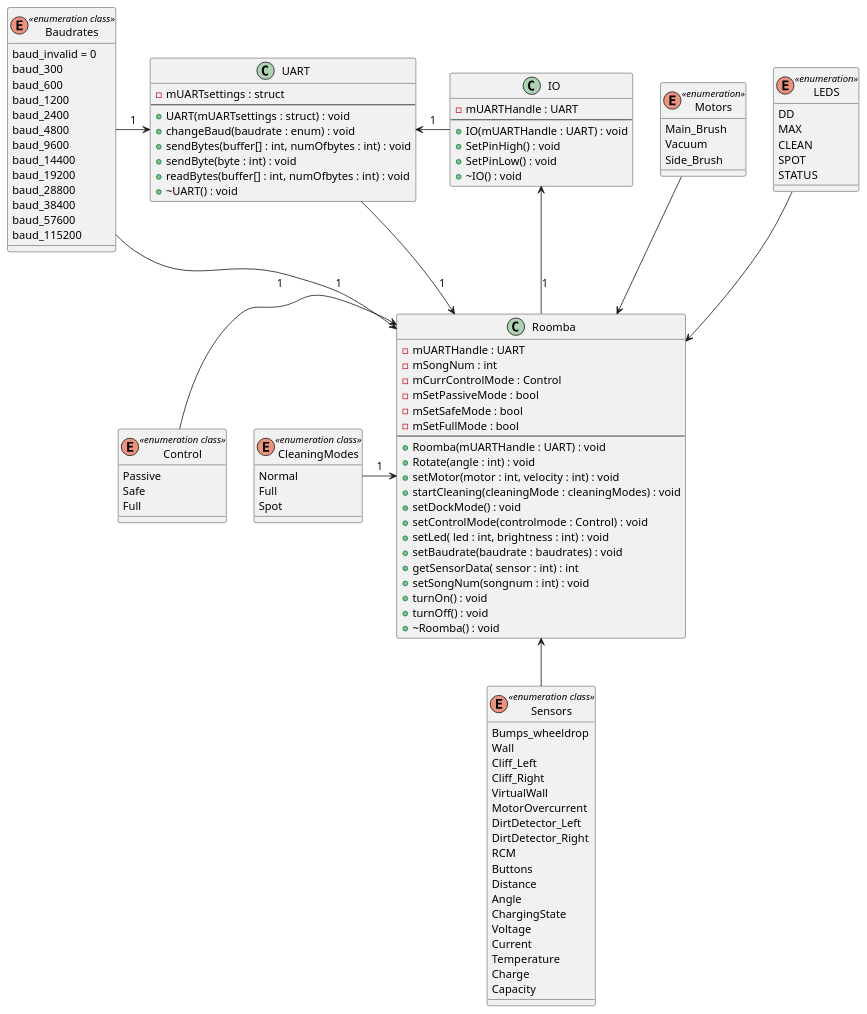
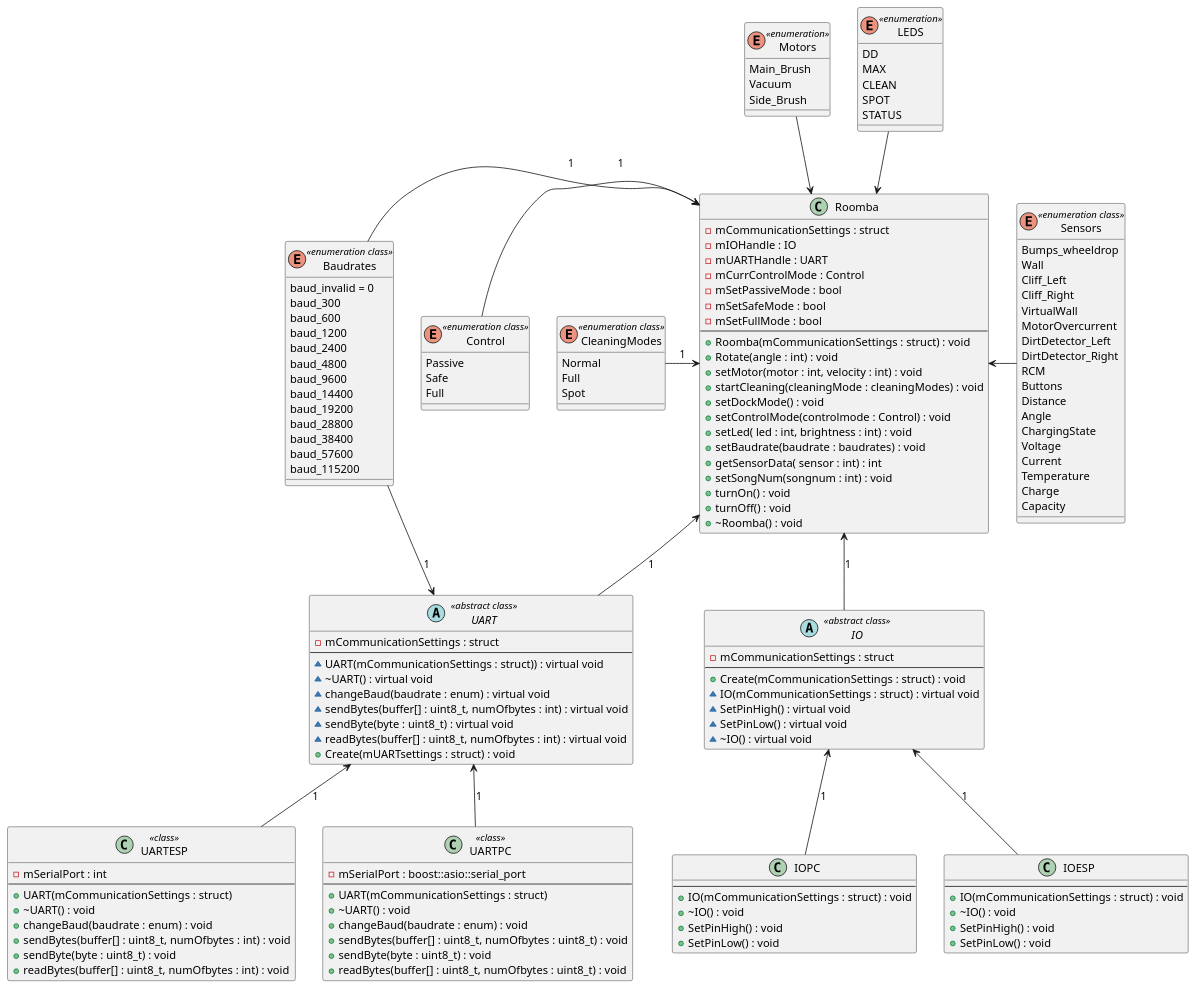
One commit to Hoog-V/Roomba_project_cpp changed the diagram in Documentatie/Diagrammen/Roomba class diagram .puml. Above: the diagram before and after it, drawn with PlantUML.

Commit message:
-enh Added UART and IO refactor to UML diagram

```diff
--- a/Documentatie/Diagrammen/Roomba class diagram .puml
+++ b/Documentatie/Diagrammen/Roomba class diagram .puml
@@ -1,136 +1,188 @@
 @startuml Roomba
 
 class Roomba 
 enum CleaningModes <<enumeration class>>
 enum LEDS <<enumeration>>
 enum Motors <<enumeration>>
 enum Control <<enumeration class>>
 enum Sensors <<enumeration class>>
 
-class UART
+
+abstract class UART <<abstract class>>
+class UARTESP <<class>>
+class UARTPC <<class>>
+
+abstract class IO <<abstract class>>
+
 enum Baudrates <<enumeration class>>
 
 Roomba <-left- CleaningModes : 1
 Roomba <-up- LEDS
 Roomba <-up- Motors 
 Roomba <-left- Control : 1
-Roomba <-down- Sensors
-Roomba <-up- UART : 1
+Roomba <-right- Sensors
+Roomba <-down- UART : 1
 Roomba <-left- Baudrates : 1
 
+UART <-down- UARTPC :1
+UART <-down- UARTESP:1
 
 UART <-left- Baudrates : 1
 
-IO <-down- Roomba : 1
+Roomba <-down- IO : 1
+IO <-down- IOPC : 1
+IO <-down- IOESP :1
 
-UART <-right- IO : 1
+
+
 
 class Roomba {
+  - mCommunicationSettings : struct
+  - mIOHandle : IO
   - mUARTHandle : UART
-  - mSongNum : int
   - mCurrControlMode : Control
   - mSetPassiveMode : bool
   - mSetSafeMode : bool
   - mSetFullMode : bool
   --
-  + Roomba(mUARTHandle : UART) : void
+  + Roomba(mCommunicationSettings : struct) : void
   + Rotate(angle : int) : void
   + setMotor(motor : int, velocity : int) : void
   + startCleaning(cleaningMode : cleaningModes) : void
   + setDockMode() : void
   + setControlMode(controlmode : Control) : void
   + setLed( led : int, brightness : int) : void
   + setBaudrate(baudrate : baudrates) : void
   + getSensorData( sensor : int) : int
   + setSongNum(songnum : int) : void
   + turnOn() : void
   + turnOff() : void
   + ~Roomba() : void
 }
 
 enum LEDS {
 DD
 MAX
 CLEAN
 SPOT
 STATUS
 }
 
 enum Motors {
 Main_Brush
 Vacuum
 Side_Brush
 }
 
 enum Baudrates {
 baud_invalid = 0
 baud_300
 baud_600
 baud_1200
 baud_2400
 baud_4800
 baud_9600
 baud_14400
 baud_19200
 baud_28800
 baud_38400
 baud_57600
 baud_115200
 }
 
-class UART {
-- mUARTsettings : struct
---
-+ UART(mUARTsettings : struct) : void
-+ changeBaud(baudrate : enum) : void
-+ sendBytes(buffer[] : int, numOfbytes : int) : void
-+ sendByte(byte : int) : void
-+ readBytes(buffer[] : int, numOfbytes : int) : void
-+ ~UART() : void
-}
-
 enum CleaningModes {
 Normal
 Full
 Spot
 }
 
 enum Control {
 Passive
 Safe
 Full
 }
 
 enum Sensors {
 Bumps_wheeldrop
 Wall
 Cliff_Left
 Cliff_Right
 VirtualWall
 MotorOvercurrent
 DirtDetector_Left
 DirtDetector_Right
 RCM
 Buttons
 Distance
 Angle
 ChargingState
 Voltage
 Current
 Temperature
 Charge
 Capacity
 }
 
 
-class IO {
-- mUARTHandle : UART
+abstract class IO {
+- mCommunicationSettings : struct
 --
-+ IO(mUARTHandle : UART) : void
++ Create(mCommunicationSettings : struct) : void
+~ IO(mCommunicationSettings : struct) : virtual void
+~ SetPinHigh() : virtual void
+~ SetPinLow() : virtual void
+~ ~IO() : virtual void
+}
+
+class IOPC {
+--
++ IO(mCommunicationSettings : struct) : void
++ ~IO() : void
 + SetPinHigh() : void
 + SetPinLow() : void
+}
+
+class IOESP{
+--
++ IO(mCommunicationSettings : struct) : void
 + ~IO() : void
++ SetPinHigh() : void
++ SetPinLow() : void
 }
 
 
+abstract class UART{
+- mCommunicationSettings : struct
+--
+~ UART(mCommunicationSettings : struct)) : virtual void
+~ ~UART() : virtual void
+~ changeBaud(baudrate : enum) : virtual void
+~ sendBytes(buffer[] : uint8_t, numOfbytes : int) : virtual void
+~ sendByte(byte : uint8_t) : virtual void
+~ readBytes(buffer[] : uint8_t, numOfbytes : int) : virtual void
++ Create(mUARTsettings : struct) : void
+}
+
+class UARTPC {
+- mSerialPort : boost::asio::serial_port
+--
++ UART(mCommunicationSettings : struct)
++ ~UART() : void
++ changeBaud(baudrate : enum) : void
++ sendBytes(buffer[] : uint8_t, numOfbytes : uint8_t) : void
++ sendByte(byte : uint8_t) : void
++ readBytes(buffer[] : uint8_t, numOfbytes : uint8_t) : void
+}
+
+class UARTESP {
+- mSerialPort : int
+--
++ UART(mCommunicationSettings : struct)
++ ~UART() : void
++ changeBaud(baudrate : enum) : void
++ sendBytes(buffer[] : uint8_t, numOfbytes : int) : void
++ sendByte(byte : uint8_t) : void
++ readBytes(buffer[] : uint8_t, numOfbytes : int) : void
+}
+
 @enduml
```
